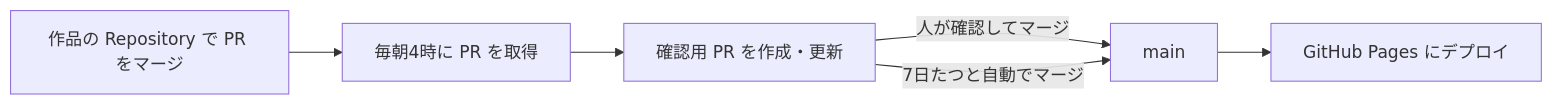
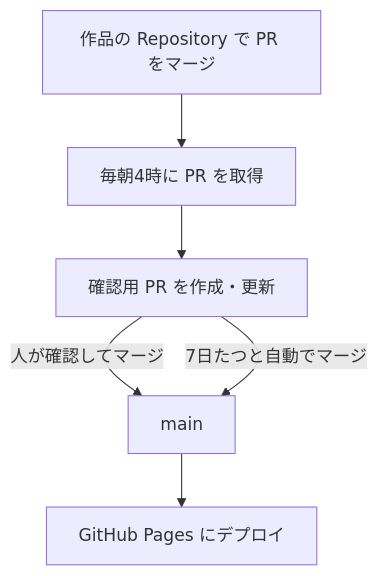
The diagram in articles/static-first-portfolio.md (Tora29/my-portfolio), drawn with Mermaid before and after one commit.

Commit message:
docs(notes): ポートフォリオ記事の流れの図を縦向きにする

````diff
--- a/articles/static-first-portfolio.md
+++ b/articles/static-first-portfolio.md
@@ -27,8 +27,8 @@
 ```mermaid
-flowchart LR
+flowchart TD
   A["作品の Repository で PR をマージ"] --> B["毎朝4時に PR を取得"]
   B --> C["確認用 PR を作成・更新"]
   C -->|"人が確認してマージ"| D["main"]
   C -->|"7日たつと自動でマージ"| D
   D --> E["GitHub Pages にデプロイ"]
 ```
````
